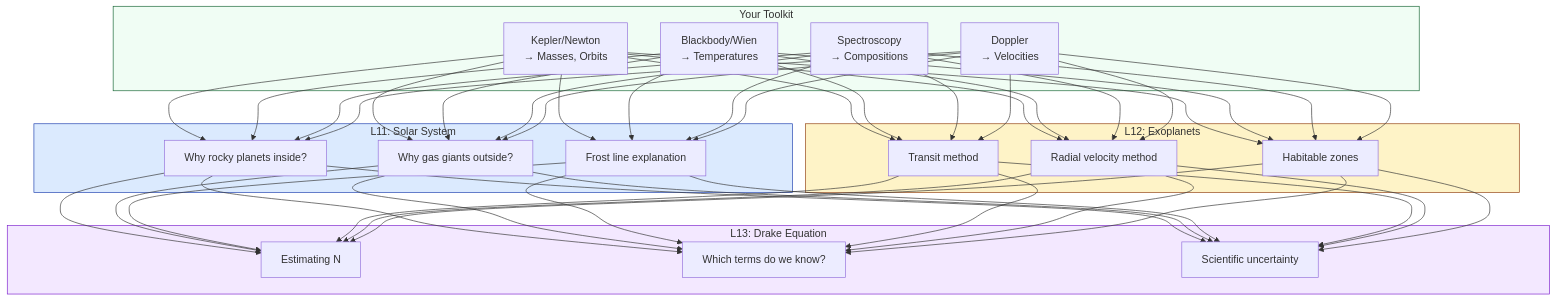
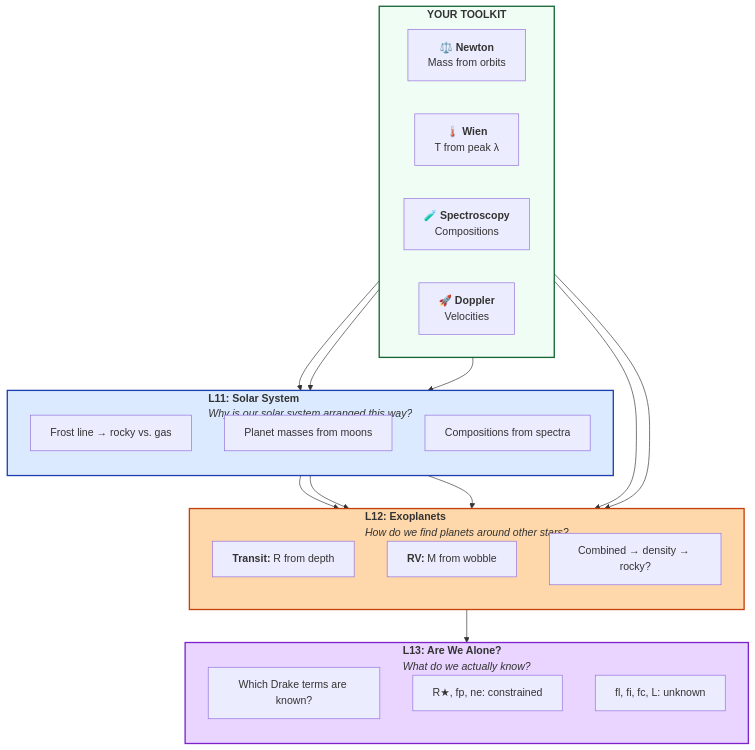
The fifth of 5 diagrams in modules/module-01/synthesis/concept-map.qmd (astrobytes-edu/astr101-sp26), drawn with Mermaid before and after one commit. The commit also changed other lines of this file and 15 other files, not shown here.

````diff
--- a/modules/module-01/synthesis/concept-map.qmd
+++ b/modules/module-01/synthesis/concept-map.qmd
@@ -185,36 +229,45 @@
 ```{mermaid}
+%%| fig-width: 9
 flowchart TB
-    subgraph tools["Your Toolkit"]
-        T1[Kepler/Newton<br/>→ Masses, Orbits]
-        T2[Blackbody/Wien<br/>→ Temperatures]
-        T3[Spectroscopy<br/>→ Compositions]
-        T4[Doppler<br/>→ Velocities]
+    subgraph tools["<b>YOUR TOOLKIT</b>"]
+        direction LR
+        T1["⚖️ <b>Newton</b><br/>Mass from orbits"]
+        T2["🌡️ <b>Wien</b><br/>T from peak λ"]
+        T3["🧪 <b>Spectroscopy</b><br/>Compositions"]
+        T4["🚀 <b>Doppler</b><br/>Velocities"]
     end
 
-    subgraph L11["L11: Solar System"]
-        SS1[Why rocky planets inside?]
-        SS2[Why gas giants outside?]
-        SS3[Frost line explanation]
+    subgraph L11box["<b>L11: Solar System</b><br/><i>Why is our solar system arranged this way?</i>"]
+        direction TB
+        SS1["Frost line → rocky vs. gas"]
+        SS2["Planet masses from moons"]
+        SS3["Compositions from spectra"]
     end
 
-    subgraph L12["L12: Exoplanets"]
-        EX1[Transit method]
-        EX2[Radial velocity method]
-        EX3[Habitable zones]
+    subgraph L12box["<b>L12: Exoplanets</b><br/><i>How do we find planets around other stars?</i>"]
+        direction TB
+        EX1["<b>Transit:</b> R from depth"]
+        EX2["<b>RV:</b> M from wobble"]
+        EX3["Combined → density → rocky?"]
     end
 
-    subgraph L13["L13: Drake Equation"]
-        DR1[Estimating N]
-        DR2[Which terms do we know?]
-        DR3[Scientific uncertainty]
+    subgraph L13box["<b>L13: Are We Alone?</b><br/><i>What do we actually know?</i>"]
+        direction TB
+        DR1["Which Drake terms are known?"]
+        DR2["R★, fp, ne: constrained"]
+        DR3["fl, fi, fc, L: unknown"]
     end
 
-    T1 & T2 & T3 & T4 --> SS1 & SS2 & SS3
-    T1 & T2 & T3 & T4 --> EX1 & EX2 & EX3
-    SS1 & SS2 & SS3 & EX1 & EX2 & EX3 --> DR1 & DR2 & DR3
+    T1 --> SS2 & EX2
+    T2 --> SS3
+    T3 --> SS3
+    T4 --> EX2
 
-    style tools fill:#f0fdf4,stroke:#166534
-    style L11 fill:#dbeafe,stroke:#1e40af
-    style L12 fill:#fef3c7,stroke:#92400e
-    style L13 fill:#f3e8ff,stroke:#7e22ce
+    SS1 & SS2 & SS3 --> L12box
+    L12box --> L13box
+
+    style tools fill:#f0fdf4,stroke:#166534,stroke-width:2px
+    style L11box fill:#dbeafe,stroke:#1e40af,stroke-width:2px
+    style L12box fill:#fed7aa,stroke:#c2410c,stroke-width:2px
+    style L13box fill:#e9d5ff,stroke:#7e22ce,stroke-width:2px
 ```
````
